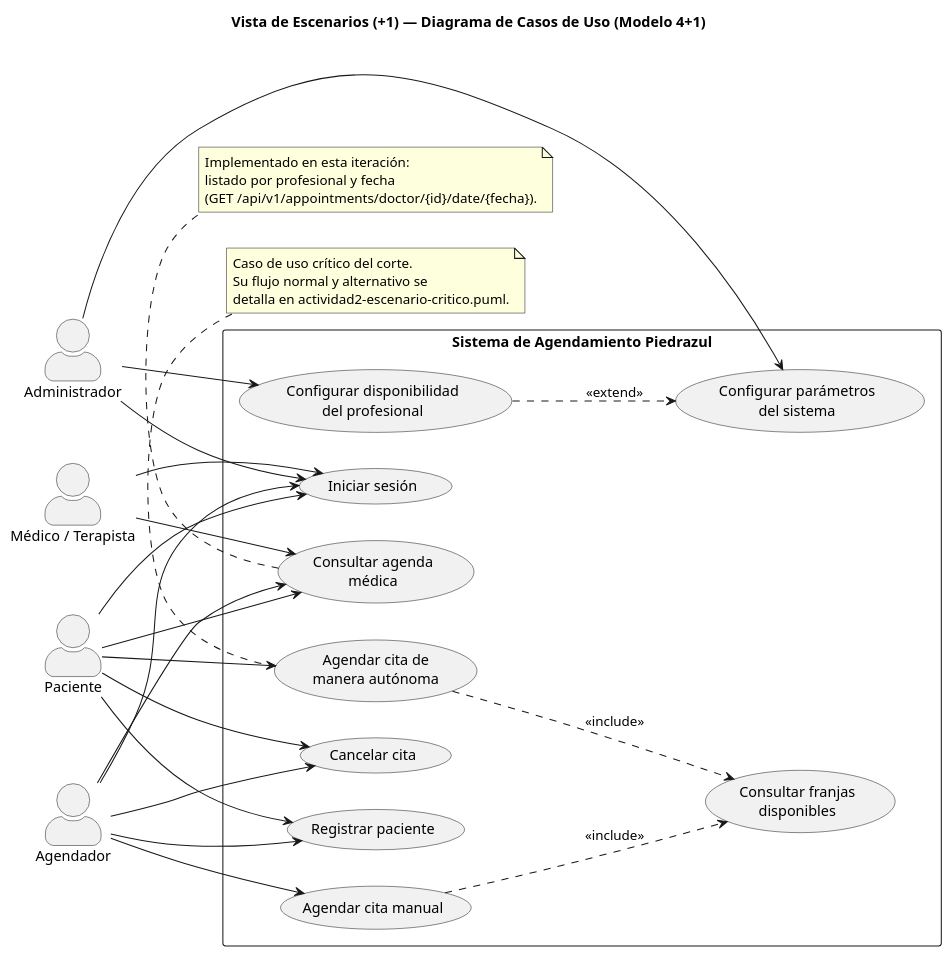
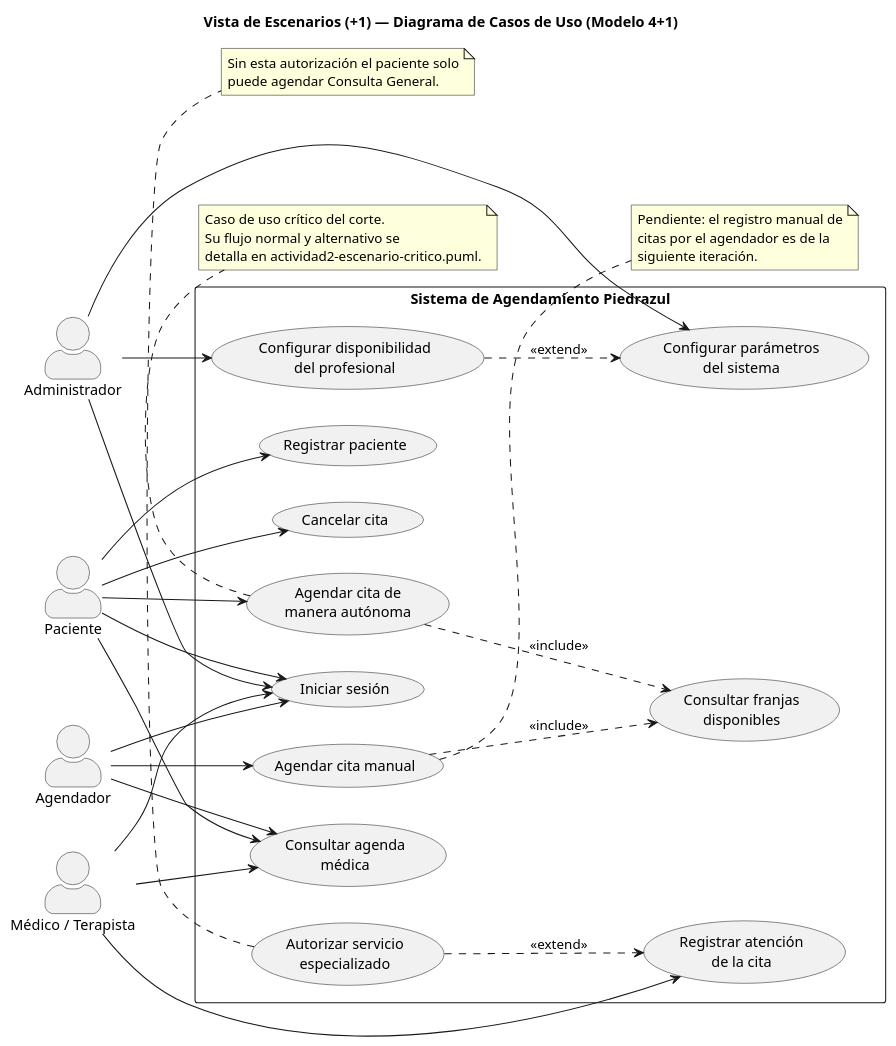
The diagram in docs/architecture/actividad1-vista-escenarios.puml (SantiagoGutierrez11/piedrazul-monolitic), drawn with PlantUML before and after one commit. The commit also changed 8 other files, not shown here.

Commit message:
Align context, scenario and deployment diagrams with the implemented flows

```diff
--- a/docs/architecture/actividad1-vista-escenarios.puml
+++ b/docs/architecture/actividad1-vista-escenarios.puml
@@ -1,61 +1,68 @@
 @startuml CasosDeUsoPiedrazul
 title Vista de Escenarios (+1) — Diagrama de Casos de Uso (Modelo 4+1)
 
 left to right direction
 skinparam packageStyle rectangle
 skinparam actorStyle awesome
 
 actor "Paciente" as Paciente
 actor "Agendador" as Agendador
 actor "Médico / Terapista" as Medico
 actor "Administrador" as Admin
 
 rectangle "Sistema de Agendamiento Piedrazul" {
 
   usecase "Registrar paciente" as UC1
   usecase "Iniciar sesión" as UC2
   usecase "Agendar cita de\nmanera autónoma" as UC3
   usecase "Agendar cita manual" as UC4
   usecase "Consultar franjas\ndisponibles" as UC5
   usecase "Consultar agenda\nmédica" as UC6
   usecase "Cancelar cita" as UC7
   usecase "Configurar parámetros\ndel sistema" as UC8
   usecase "Configurar disponibilidad\ndel profesional" as UC9
+  usecase "Registrar atención\nde la cita" as UC10
+  usecase "Autorizar servicio\nespecializado" as UC11
 
   UC3 ..> UC5 : <<include>>
   UC4 ..> UC5 : <<include>>
   UC9 ..> UC8 : <<extend>>
+  UC11 ..> UC10 : <<extend>>
 }
 
 Paciente --> UC1
 Paciente --> UC2
 Paciente --> UC3
 Paciente --> UC6
 Paciente --> UC7
 
 Agendador --> UC2
-Agendador --> UC1
 Agendador --> UC4
 Agendador --> UC6
-Agendador --> UC7
 
 Medico --> UC2
 Medico --> UC6
+Medico --> UC10
 
 Admin --> UC2
 Admin --> UC8
 Admin --> UC9
 
 note bottom of UC3
   Caso de uso crítico del corte.
   Su flujo normal y alternativo se
   detalla en actividad2-escenario-critico.puml.
 end note
 
-note bottom of UC6
-  Implementado en esta iteración:
-  listado por profesional y fecha
-  (GET /api/v1/appointments/doctor/{id}/date/{fecha}).
+note bottom of UC11
+  Sin esta autorización el paciente solo
+  puede agendar Consulta General.
+end note
+
+note right of UC4
+  Pendiente: el registro manual de
+  citas por el agendador es de la
+  siguiente iteración.
 end note
 
 @enduml
```
